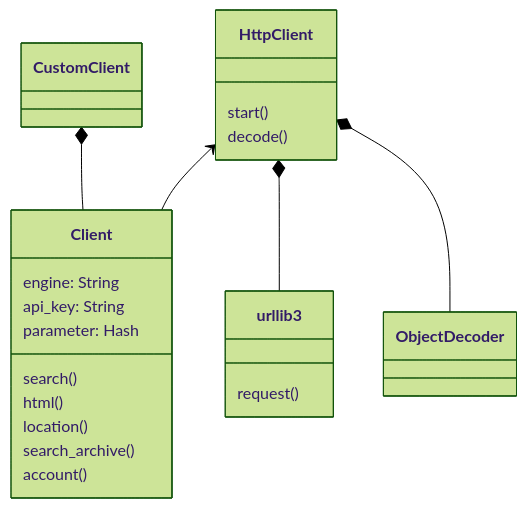
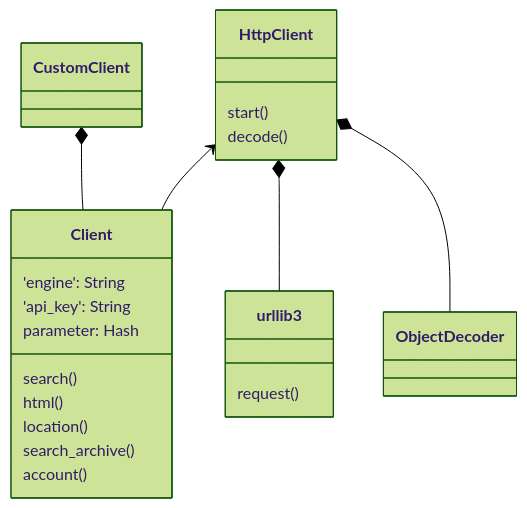
Before and after one commit to serpapi/serpapi-python: the first of 2 diagrams in README.md, drawn with Mermaid (forest theme). The commit also changed other lines of this file and 2 other files, not shown here.

````diff
--- a/README.md
+++ b/README.md
@@ -560,27 +649,27 @@
 ```mermaid
 classDiagram
   CustomClient *-- Client
   HttpClient <-- Client
   HttpClient *-- urllib3
   HttpClient *-- ObjectDecoder
 
   class Client {
-    engine: String
-    api_key: String
+    'engine': String
+    'api_key': String
     parameter: Hash
     search()
     html()
     location()
     search_archive()
     account()
   }
 
   class HttpClient {
     start()
     decode()
   }
 
   class urllib3 {
     request()
   }
 ```
````
